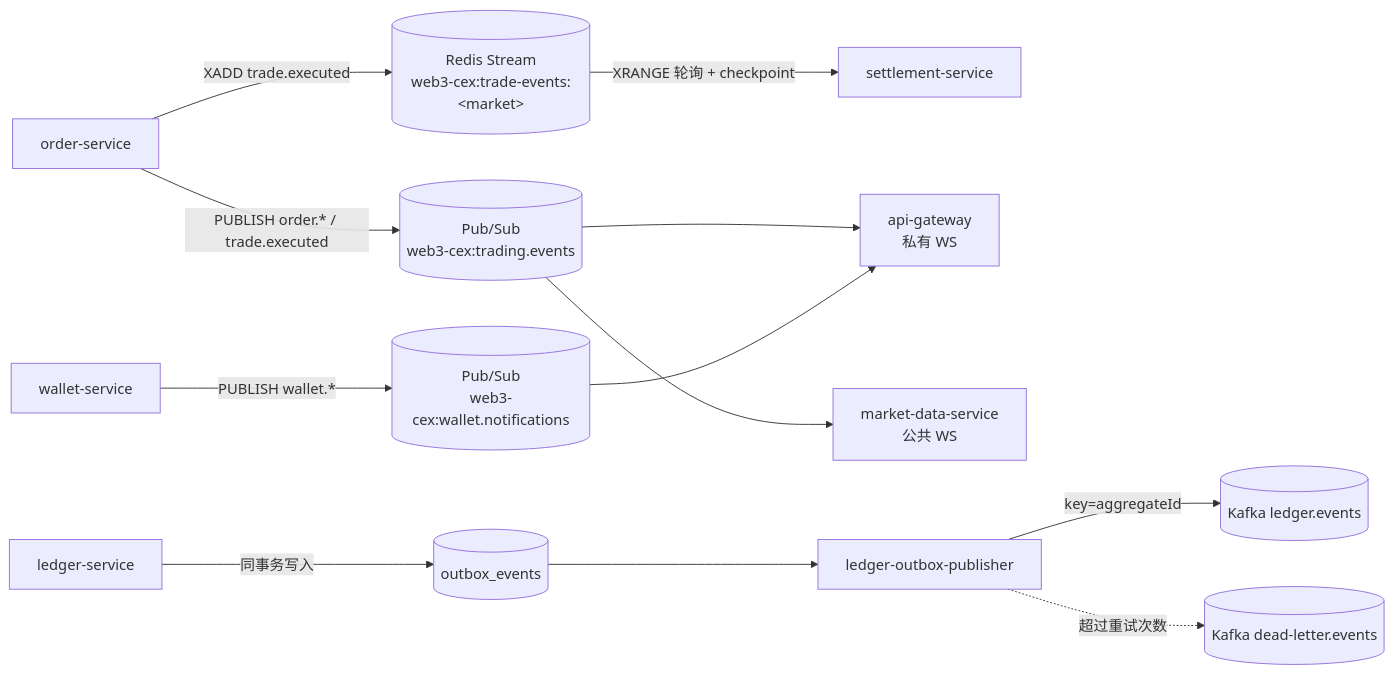
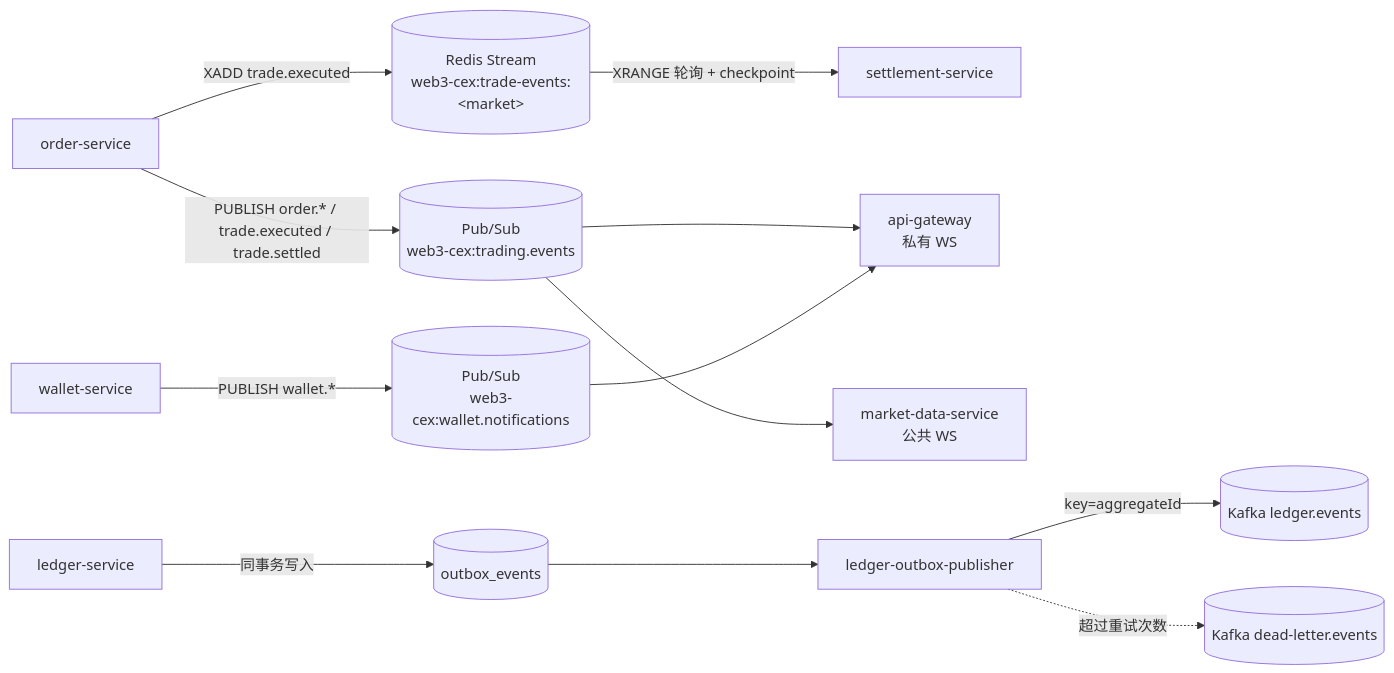
The first of 3 diagrams in docs/event-catalog.md (ocean-8848/CEX-Demo), drawn with Mermaid before and after one commit. The commit also changed other lines of this file and 26 other files, not shown here.

````diff
--- a/docs/event-catalog.md
+++ b/docs/event-catalog.md
@@ -17,14 +17,14 @@
 ```mermaid
 flowchart LR
   OS["order-service"] -->|XADD trade.executed| STR[("Redis Stream<br/>web3-cex:trade-events:&lt;market&gt;")]
-  OS -->|PUBLISH order.* / trade.executed| TE[("Pub/Sub<br/>web3-cex:trading.events")]
+  OS -->|PUBLISH order.* / trade.executed / trade.settled| TE[("Pub/Sub<br/>web3-cex:trading.events")]
   STR -->|XRANGE 轮询 + checkpoint| SS["settlement-service"]
   TE --> GW["api-gateway<br/>私有 WS"]
   TE --> MD["market-data-service<br/>公共 WS"]
   WS["wallet-service"] -->|PUBLISH wallet.*| WN[("Pub/Sub<br/>web3-cex:wallet.notifications")]
   WN --> GW
   LS["ledger-service"] -->|同事务写入| OB[("outbox_events")]
   OB --> LOP["ledger-outbox-publisher"]
   LOP -->|key=aggregateId| K1[("Kafka ledger.events")]
   LOP -.->|超过重试次数| K2[("Kafka dead-letter.events")]
 ```
````
